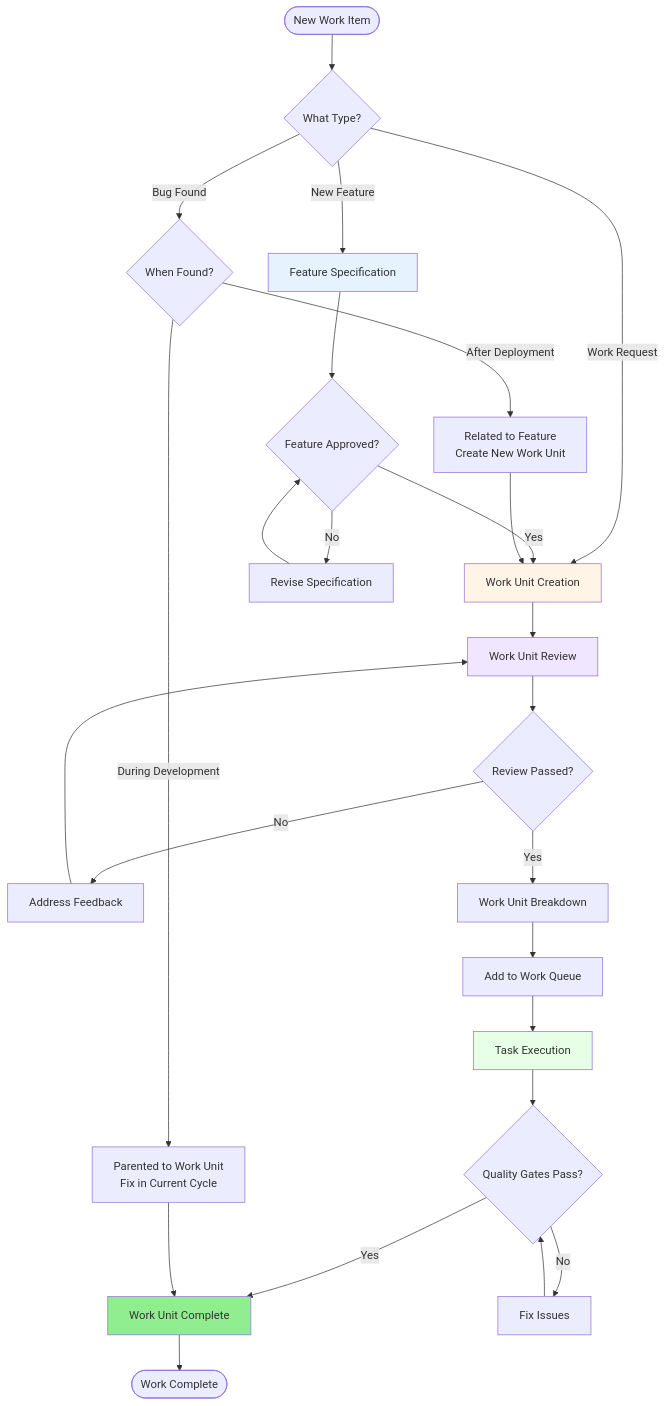
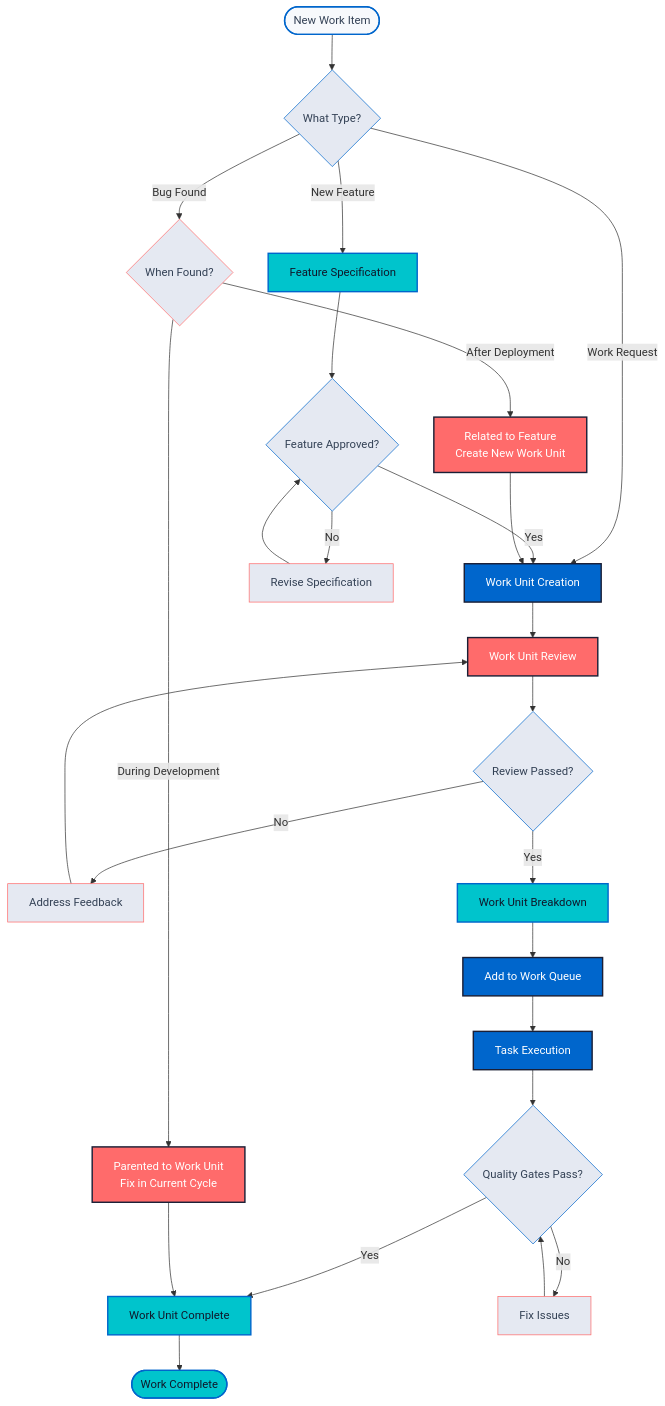
The second of 2 diagrams in docs/15-quick-reference.md (Conductus-Labs/RHYTHM-Method), drawn with Mermaid before and after one commit. The commit also changed other lines of this file and 4 other files, not shown here.

First line of the commit message:
Fix Mermaid diagrams: add challenge loop and update to Conductus branding colors

````diff
--- a/docs/15-quick-reference.md
+++ b/docs/15-quick-reference.md
@@ -135,41 +154,55 @@
 ```mermaid
 flowchart TD
     Start([New Work Item]) --> Type{What Type?}
-    
+
     Type -->|New Feature| Feature[Feature Specification]
     Type -->|Bug Found| Bug{When Found?}
     Type -->|Work Request| WorkUnit[Work Unit Creation]
-    
+
     Feature --> FeatureApproval{Feature Approved?}
     FeatureApproval -->|Yes| WorkUnit
     FeatureApproval -->|No| Revise[Revise Specification]
     Revise --> FeatureApproval
-    
+
     WorkUnit --> Review[Work Unit Review]
     Review --> ReviewApproval{Review Passed?}
     ReviewApproval -->|No| ReviseWorkUnit[Address Feedback]
     ReviseWorkUnit --> Review
     ReviewApproval -->|Yes| Breakdown[Work Unit Breakdown]
-    
+
     Breakdown --> Queue[Add to Work Queue]
     Queue --> Execute[Task Execution]
     Execute --> Quality{Quality Gates Pass?}
-    
+
     Quality -->|Yes| Complete[Work Unit Complete]
     Quality -->|No| Fix[Fix Issues]
     Fix --> Quality
-    
+
     Bug -->|During Development| Parented[Parented to Work Unit<br/>Fix in Current Cycle]
     Bug -->|After Deployment| Related[Related to Feature<br/>Create New Work Unit]
-    
+
     Parented --> Complete
     Related --> WorkUnit
-    
+
     Complete --> End([Work Complete])
-    
-    style Feature fill:#E6F3FF
-    style WorkUnit fill:#FFF4E6
-    style Review fill:#F0E6FF
-    style Execute fill:#E6FFE6
-    style Complete fill:#90EE90
+
+    style Start fill:#F7F9FC,stroke:#0066CC,stroke-width:2px,color:#334155
+    style End fill:#00C4CC,stroke:#0066CC,stroke-width:2px,color:#0F172A
+    style Type fill:#E5E9F2,stroke:#0066CC,stroke-width:1px,color:#334155
+    style Feature fill:#00C4CC,stroke:#0066CC,stroke-width:2px,color:#0F172A
+    style FeatureApproval fill:#E5E9F2,stroke:#0066CC,stroke-width:1px,color:#334155
+    style WorkUnit fill:#0066CC,stroke:#1A1F36,stroke-width:2px,color:#FFFFFF
+    style Review fill:#FF6B6B,stroke:#1A1F36,stroke-width:2px,color:#FFFFFF
+    style ReviewApproval fill:#E5E9F2,stroke:#0066CC,stroke-width:1px,color:#334155
+    style Breakdown fill:#00C4CC,stroke:#0066CC,stroke-width:2px,color:#0F172A
+    style Queue fill:#0066CC,stroke:#1A1F36,stroke-width:2px,color:#FFFFFF
+    style Execute fill:#0066CC,stroke:#1A1F36,stroke-width:2px,color:#FFFFFF
+    style Quality fill:#E5E9F2,stroke:#0066CC,stroke-width:1px,color:#334155
+    style Complete fill:#00C4CC,stroke:#0066CC,stroke-width:2px,color:#0F172A
+    style Bug fill:#E5E9F2,stroke:#FF6B6B,stroke-width:1px,color:#334155
+    style Parented fill:#FF6B6B,stroke:#1A1F36,stroke-width:2px,color:#FFFFFF
+    style Related fill:#FF6B6B,stroke:#1A1F36,stroke-width:2px,color:#FFFFFF
+    style Revise fill:#E5E9F2,stroke:#FF6B6B,stroke-width:1px,color:#334155
+    style ReviseWorkUnit fill:#E5E9F2,stroke:#FF6B6B,stroke-width:1px,color:#334155
+    style Fix fill:#E5E9F2,stroke:#FF6B6B,stroke-width:1px,color:#334155
 ```
````
